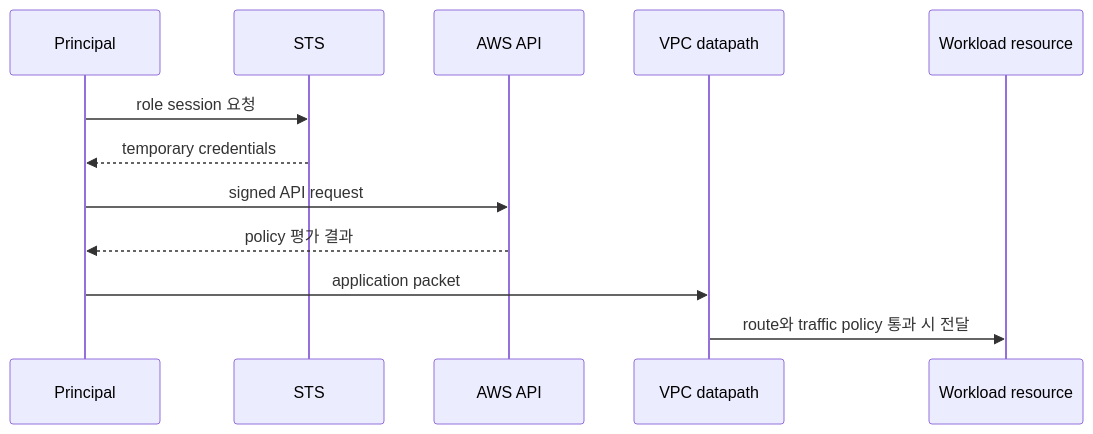
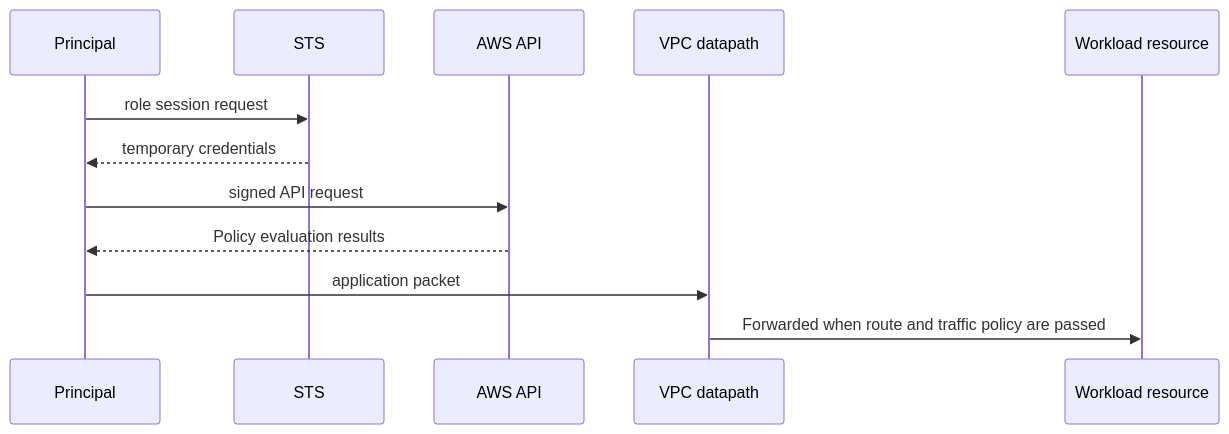
Before and after one commit to nohdol97/nohdol-study: the diagram in docs-site/content/aws-foundations/01-identity-network-resource-model.md, drawn with Mermaid. The commit also changed other lines of this file and 116 other files, not shown here.

````diff
--- a/docs-site/content/aws-foundations/01-identity-network-resource-model.md
+++ b/docs-site/content/aws-foundations/01-identity-network-resource-model.md
@@ -48,14 +48,14 @@
 ```mermaid
 sequenceDiagram
     participant P as Principal
     participant S as STS
     participant A as AWS API
     participant V as VPC datapath
     participant R as Workload resource
-    P->>S: role session 요청
+    P->>S: role session request
     S-->>P: temporary credentials
     P->>A: signed API request
-    A-->>P: policy 평가 결과
+    A-->>P: Policy evaluation results
     P->>V: application packet
-    V->>R: route와 traffic policy 통과 시 전달
+    V->>R: Forwarded when route and traffic policy are passed
 ```
````
